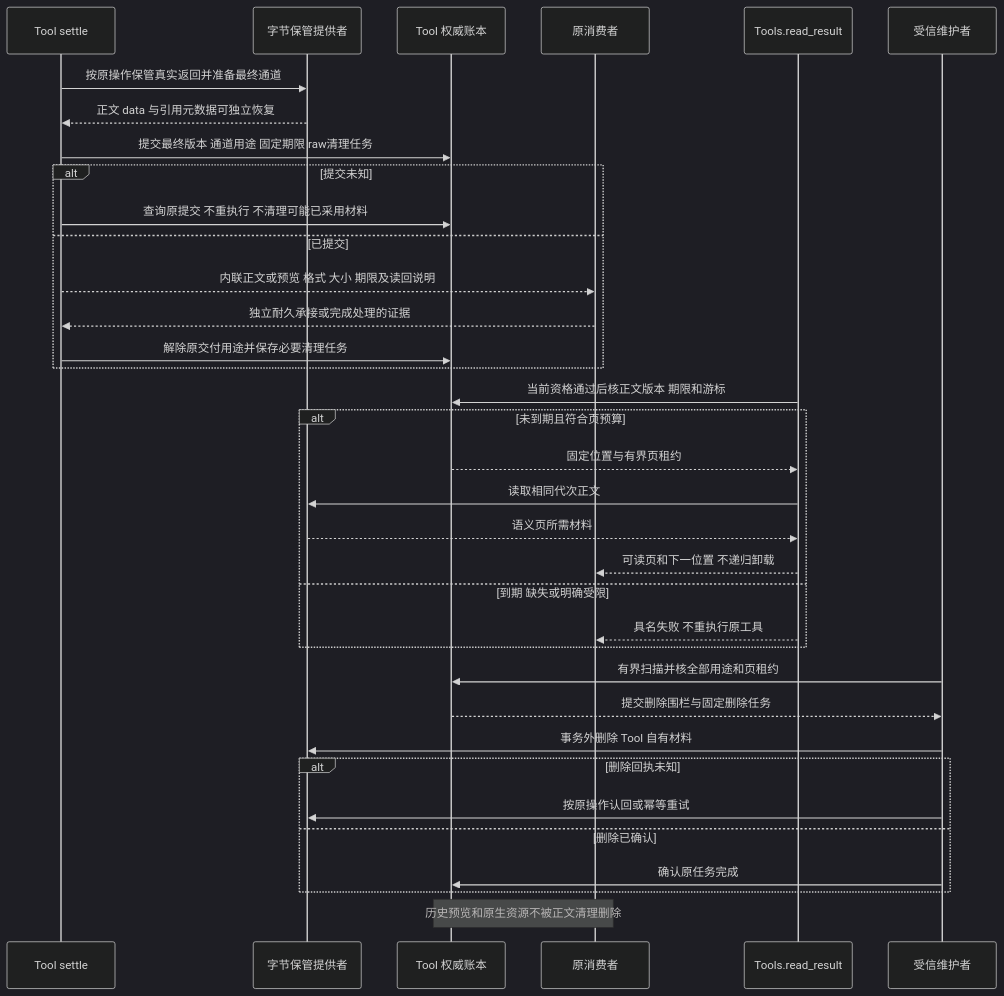
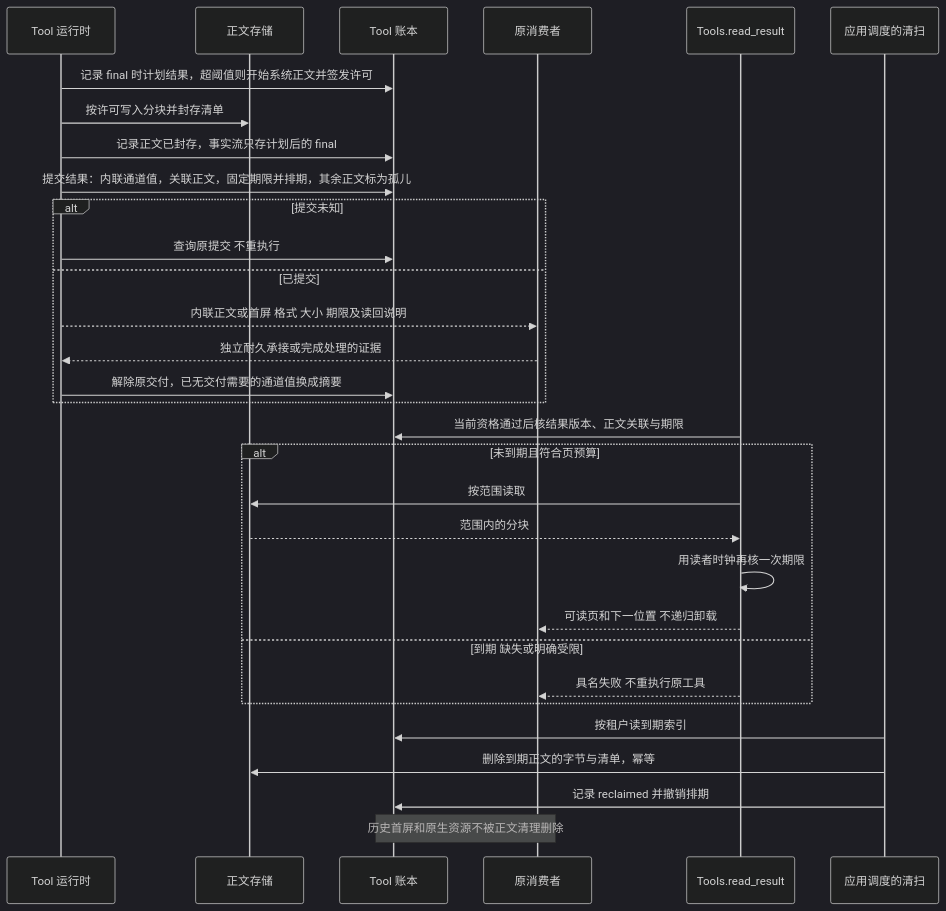
One commit to nemori-ai/omne-harness-lite changed diagram 16 of 17 in packages/tool/tool-contract/docs/flows.md. Above: the diagram before and after it, drawn with Mermaid (dark theme). The commit also changed other lines of this file and 10 other files, not shown here.

````diff
--- a/packages/tool/tool-contract/docs/flows.md
+++ b/packages/tool/tool-contract/docs/flows.md
@@ -630,37 +630,33 @@
 ```mermaid
 sequenceDiagram
-    participant T as Tool settle
-    participant S as 字节保管提供者
-    participant L as Tool 权威账本
+    participant T as Tool 运行时
+    participant S as 正文存储
+    participant L as Tool 账本
     participant C as 原消费者
     participant Q as Tools.read_result
-    participant M as 受信维护者
-    T->>S: 按原操作保管真实返回并准备最终通道
-    S-->>T: 正文 data 与引用元数据可独立恢复
-    T->>L: 提交最终版本 通道用途 固定期限 raw清理任务
+    participant W as 应用调度的清扫
+    T->>L: 记录 final 时计划结果，超阈值则开始系统正文并签发许可
+    T->>S: 按许可写入分块并封存清单
+    T->>L: 记录正文已封存，事实流只存计划后的 final
+    T->>L: 提交结果：内联通道值，关联正文，固定期限并排期，其余正文标为孤儿
     alt 提交未知
-        T->>L: 查询原提交 不重执行 不清理可能已采用材料
+        T->>L: 查询原提交 不重执行
     else 已提交
-        T-->>C: 内联正文或预览 格式 大小 期限及读回说明
+        T-->>C: 内联正文或首屏 格式 大小 期限及读回说明
         C-->>T: 独立耐久承接或完成处理的证据
-        T->>L: 解除原交付用途并保存必要清理任务
+        T->>L: 解除原交付，已无交付需要的通道值换成摘要
     end
-    Q->>L: 当前资格通过后核正文版本 期限和游标
+    Q->>L: 当前资格通过后核结果版本、正文关联与期限
     alt 未到期且符合页预算
-        L-->>Q: 固定位置与有界页租约
-        Q->>S: 读取相同代次正文
-        S-->>Q: 语义页所需材料
+        Q->>S: 按范围读取
+        S-->>Q: 范围内的分块
+        Q->>Q: 用读者时钟再核一次期限
         Q-->>C: 可读页和下一位置 不递归卸载
     else 到期 缺失或明确受限
         Q-->>C: 具名失败 不重执行原工具
     end
-    M->>L: 有界扫描并核全部用途和页租约
-    L-->>M: 提交删除围栏与固定删除任务
-    M->>S: 事务外删除 Tool 自有材料
-    alt 删除回执未知
-        M->>S: 按原操作认回或幂等重试
-    else 删除已确认
-        M->>L: 确认原任务完成
-    end
-    Note over L,C: 历史预览和原生资源不被正文清理删除
+    W->>L: 按租户读到期索引
+    W->>S: 删除到期正文的字节与清单，幂等
+    W->>L: 记录 reclaimed 并撤销排期
+    Note over L,C: 历史首屏和原生资源不被正文清理删除
 ```
````
